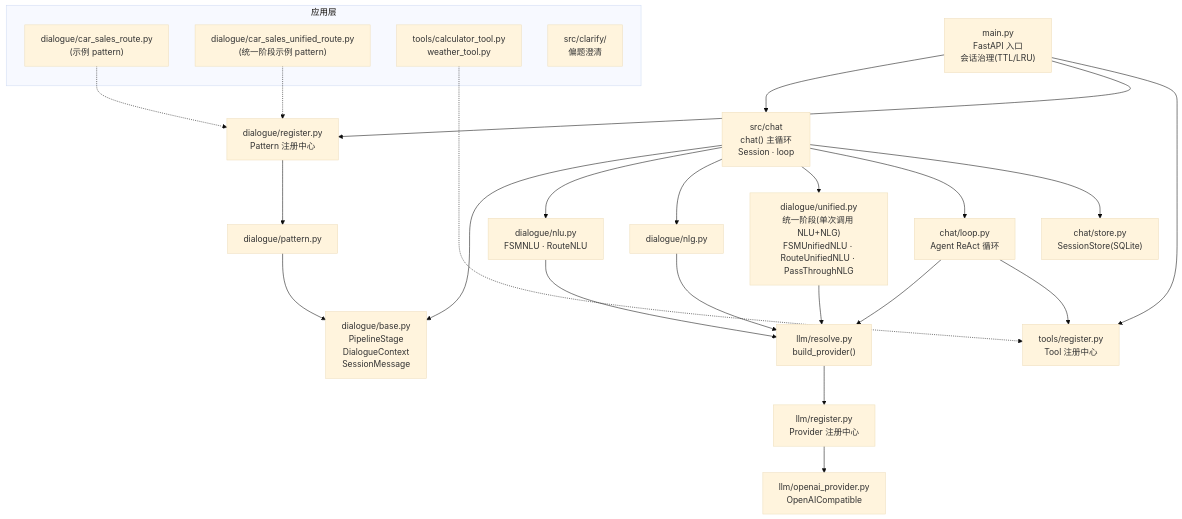
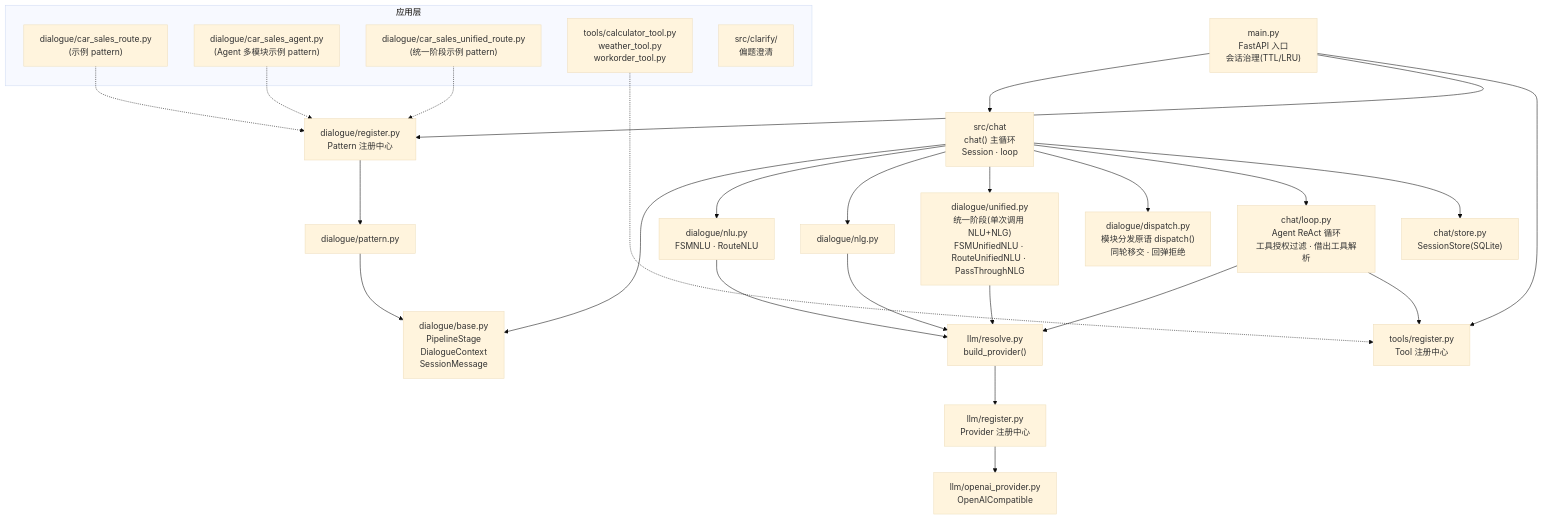
Before and after one commit to chengjian2018/hermes-nexus: the diagram in ARCHITECTURE.md, drawn with Mermaid (base theme). The commit also changed 3 other files, not shown here.

Commit message:
feat(tools): query_workorder 工单工具与 agent e2e 冒烟；ARCHITECTURE 同步

````diff
--- a/ARCHITECTURE.md
+++ b/ARCHITECTURE.md
@@ -7,35 +7,38 @@
 ```mermaid
 flowchart TB
     main["main.py<br/>FastAPI 入口<br/>会话治理(TTL/LRU)"] --> chat["src/chat<br/>chat() 主循环<br/>Session · loop"]
     main --> preg["dialogue/register.py<br/>Pattern 注册中心"]
     main --> treg["tools/register.py<br/>Tool 注册中心"]
 
     chat --> base["dialogue/base.py<br/>PipelineStage<br/>DialogueContext<br/>SessionMessage"]
     chat --> nlu["dialogue/nlu.py<br/>FSMNLU · RouteNLU"]
     chat --> nlg["dialogue/nlg.py"]
     chat --> uni["dialogue/unified.py<br/>统一阶段(单次调用 NLU+NLG)<br/>FSMUnifiedNLU · RouteUnifiedNLU · PassThroughNLG"]
-    chat --> loop2["chat/loop.py<br/>Agent ReAct 循环"]
+    chat --> disp["dialogue/dispatch.py<br/>模块分发原语 dispatch()<br/>同轮移交 · 回弹拒绝"]
+    chat --> loop2["chat/loop.py<br/>Agent ReAct 循环<br/>工具授权过滤 · 借出工具解析"]
     chat --> store["chat/store.py<br/>SessionStore(SQLite)"]
 
     preg --> pattern["dialogue/pattern.py"]
     pattern --> base
 
     nlu --> resolve["llm/resolve.py<br/>build_provider()"]
     nlg --> resolve
     uni --> resolve
     loop2 --> resolve
     loop2 --> treg
 
     resolve --> llmreg["llm/register.py<br/>Provider 注册中心"]
     llmreg --> oai["llm/openai_provider.py<br/>OpenAICompatible"]
 
     subgraph 应用层
         carsales["dialogue/car_sales_route.py<br/>(示例 pattern)"]
+        carsalesagent["dialogue/car_sales_agent.py<br/>(Agent 多模块示例 pattern)"]
         carsalesuni["dialogue/car_sales_unified_route.py<br/>(统一阶段示例 pattern)"]
-        tools["tools/calculator_tool.py<br/>weather_tool.py"]
+        tools["tools/calculator_tool.py<br/>weather_tool.py<br/>workorder_tool.py"]
         clarify["src/clarify/<br/>偏题澄清"]
     end
     carsales -.-> preg
+    carsalesagent -.-> preg
     carsalesuni -.-> preg
     tools -.-> treg
 ```
````
